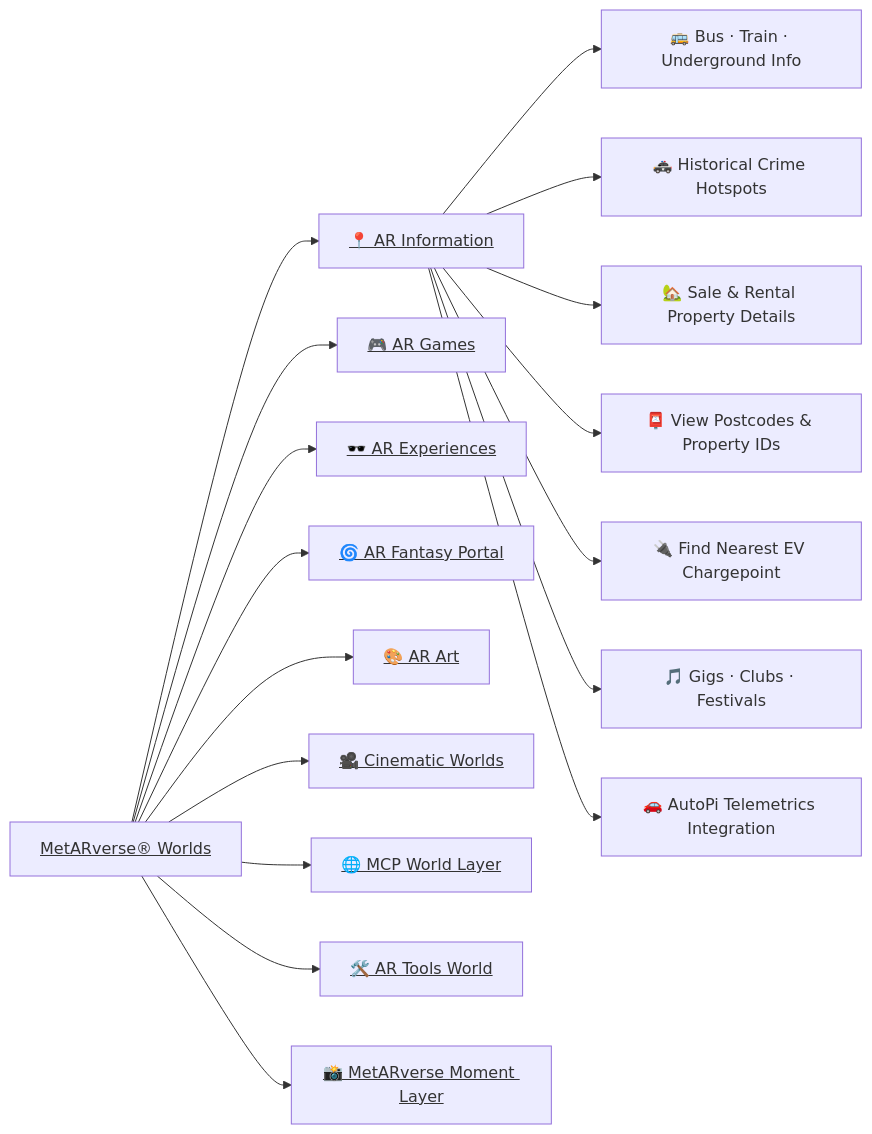
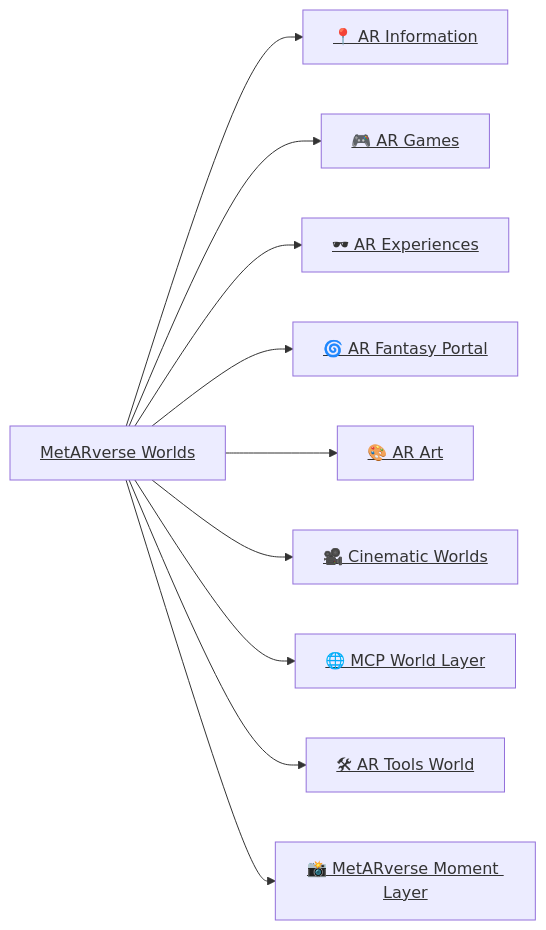
Before and after one commit to GeoARit/.github: the fifth of 5 diagrams in profile/README.md, drawn with Mermaid. The commit also changed other lines of this file, not shown here.

````diff
--- a/profile/README.md
+++ b/profile/README.md
@@ -339,34 +253,12 @@
 ```mermaid
 graph LR
-    A["<u>MetARverse® Worlds</u>"] --> B["<u>📍 AR Information</u>"]
+    A["<u>MetARverse Worlds</u>"] --> B["<u>📍 AR Information</u>"]
     A --> C["<u>🎮 AR Games</u>"]
-    A --> D["<u>🕶️ AR Experiences</u>"]
+    A --> D["<u>🕶 AR Experiences</u>"]
     A --> E["<u>🌀 AR Fantasy Portal</u>"]
     A --> F["<u>🎨 AR Art</u>"]
     A --> G["<u>🎥 Cinematic Worlds</u>"]
     A --> H["<u>🌐 MCP World Layer</u>"]
-    A --> I["<u>🛠️ AR Tools World</u>"]
+    A --> I["<u>🛠 AR Tools World</u>"]
     A --> J["<u>📸 MetARverse Moment Layer</u>"]
-
-    %% AR Information Subitems
-    B --> B2[🚌 Bus · Train · Underground Info]
-    B --> B3[🚓 Historical Crime Hotspots]
-    B --> B4[🏡 Sale & Rental Property Details]
-    B --> B5[📮 View Postcodes & Property IDs]
-    B --> B6[🔌 Find Nearest EV Chargepoint]
-    B --> B7[🎵 Gigs · Clubs · Festivals]
-    B --> B8[🚗 AutoPi Telemetrics Integration]
-
-    %% Clickable Links (Absolute URLs)
-    click A "https://geoar.it/worlds/ARInformation" "_self"
-    click B "https://geoar.it/worlds/ARInformation" "_self"
-    click C "https://geoar.it/worlds/ARGame" "_self"
-    click D "https://geoar.it/worlds/ARExperience" "_self"
-    click E "https://geoar.it/worlds/ARPortal" "_self"
-    click F "https://geoar.it/worlds/ARArtWork" "_self"
-    click G "https://geoar.it/worlds/VRCinematic" "_self"
-    click H "https://geoar.it/worlds/MCP" "_self"
-    click I "https://geoar.it/worlds/Tools" "_self"
-    click J "https://geoar.it/worlds/Moments" "_self"
-
 ```
````
